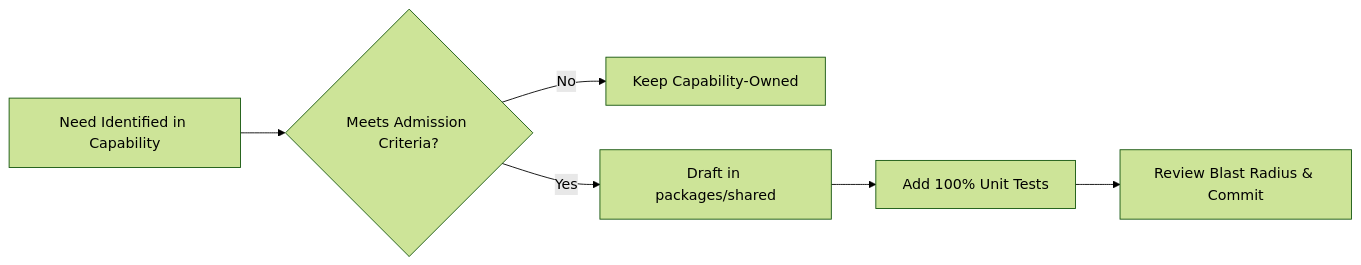
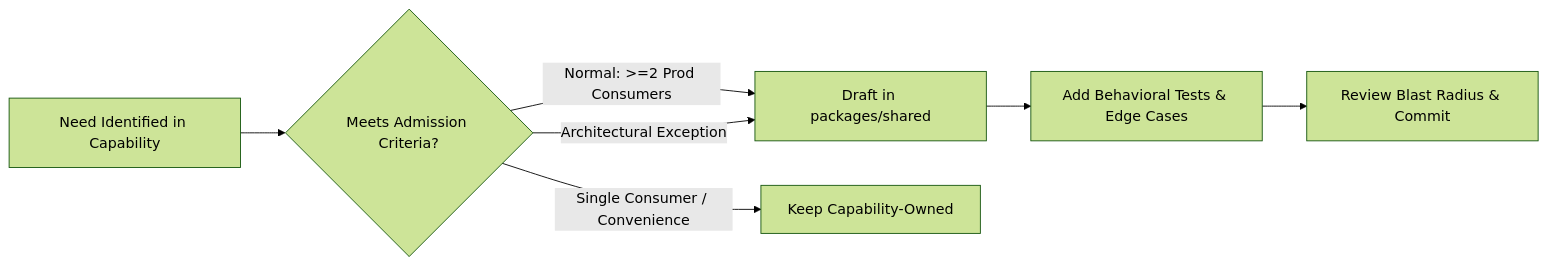
Before and after one commit to Maddyahamco00/boostmarket: the first of 2 diagrams in docs/architecture/shared-kernel-boundaries.md, drawn with Mermaid (forest theme). The commit also changed other lines of this file and 1 other file, not shown here.

Commit message:
docs(architecture): define cross-cutting standards and finalize shared-kernel boundaries

````diff
--- a/docs/architecture/shared-kernel-boundaries.md
+++ b/docs/architecture/shared-kernel-boundaries.md
@@ -267,8 +296,9 @@
 ```mermaid
 flowchart LR
     A["Need Identified in Capability"] --> B{"Meets Admission Criteria?"}
-    B -- No --> C["Keep Capability-Owned"]
-    B -- Yes --> D["Draft in packages/shared"]
-    D --> E["Add 100% Unit Tests"]
+    B -- "Normal: >=2 Prod Consumers" --> D["Draft in packages/shared"]
+    B -- "Architectural Exception" --> D
+    B -- "Single Consumer / Convenience" --> C["Keep Capability-Owned"]
+    D --> E["Add Behavioral Tests & Edge Cases"]
     E --> F["Review Blast Radius & Commit"]
 ```
````
